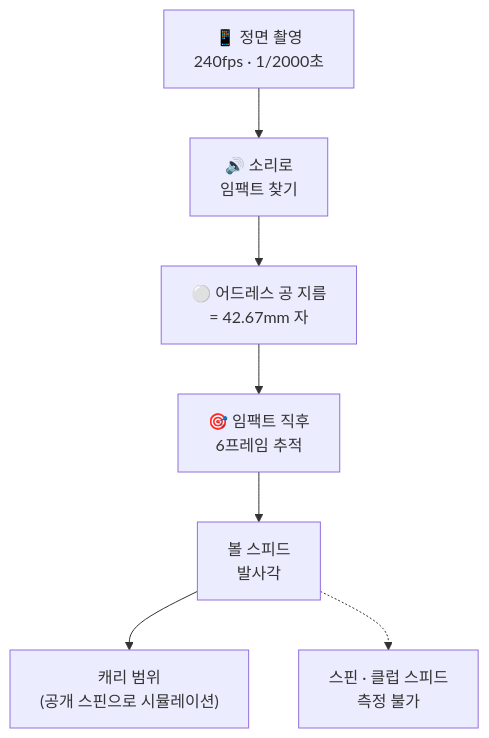
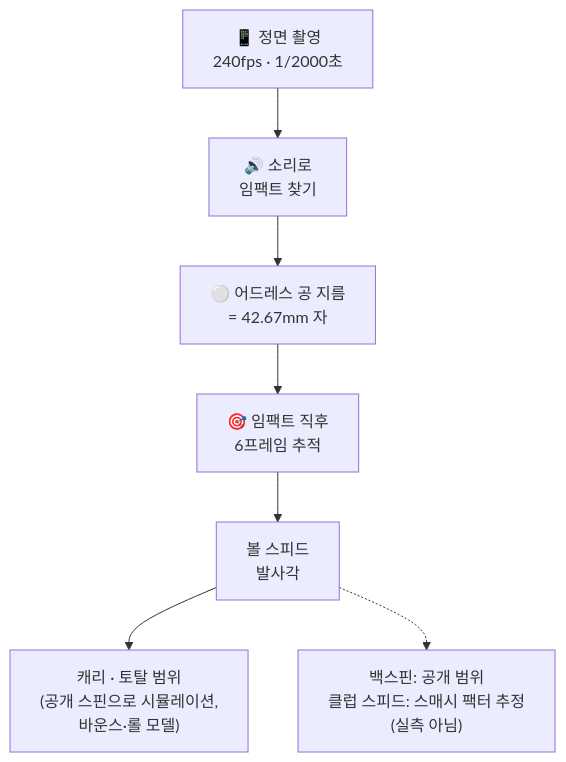
Before and after one commit to jongsu-king/SwingLab: the diagram in README.md, drawn with Mermaid. The commit also changed other lines of this file and 31 other files, not shown here.

````diff
--- a/README.md
+++ b/README.md
@@ -71,9 +73,9 @@
 ```mermaid
 flowchart TD
     A["📱 정면 촬영<br/>240fps · 1/2000초"] --> B["🔊 소리로<br/>임팩트 찾기"]
     B --> C["⚪ 어드레스 공 지름<br/>= 42.67mm 자"]
     C --> D["🎯 임팩트 직후<br/>6프레임 추적"]
     D --> E["볼 스피드<br/>발사각"]
-    E --> F["캐리 범위<br/>(공개 스핀으로 시뮬레이션)"]
-    E -.-> G["스핀 · 클럽 스피드<br/>측정 불가"]
+    E --> F["캐리 · 토탈 범위<br/>(공개 스핀으로 시뮬레이션,<br/>바운스·롤 모델)"]
+    E -.-> G["백스핀: 공개 범위<br/>클럽 스피드: 스매시 팩터 추정<br/>(실측 아님)"]
 ```
````
